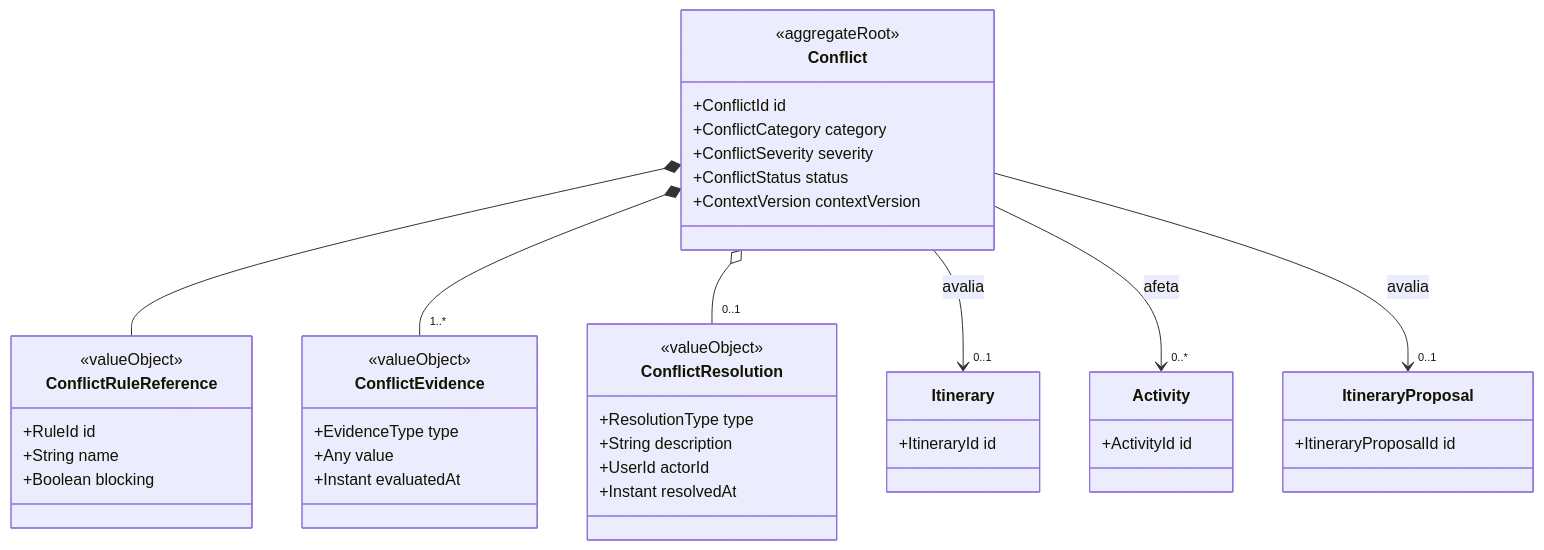
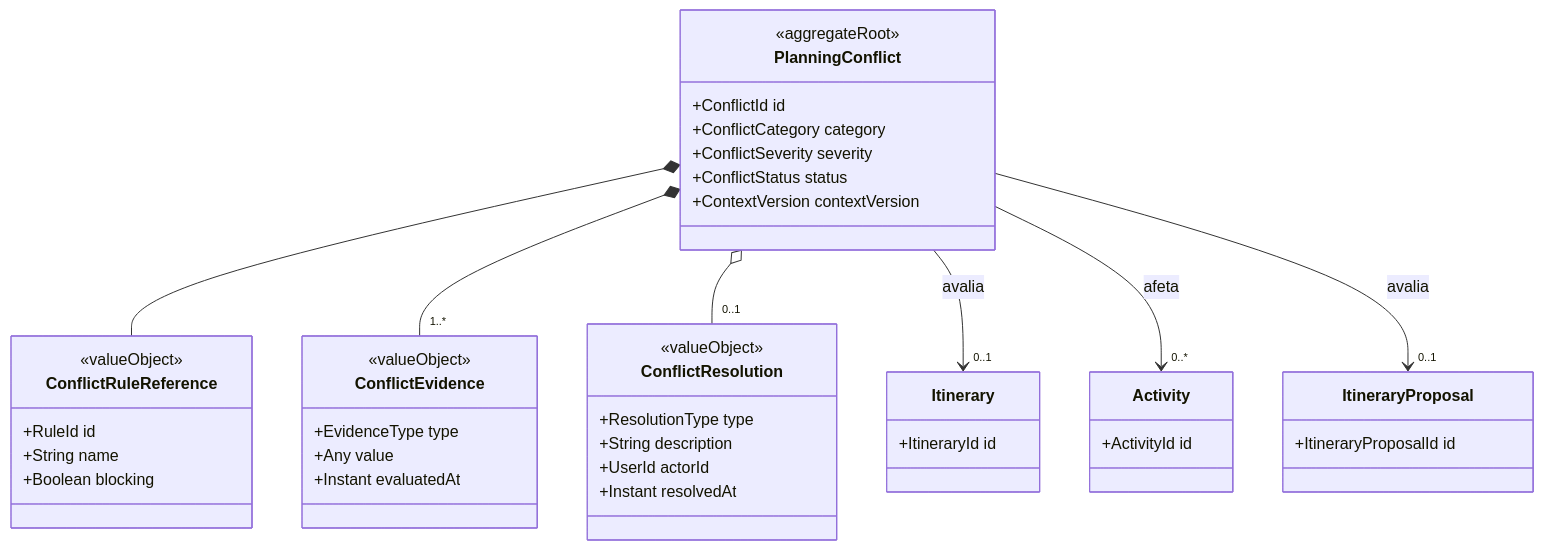
Diagram 15 of 17 in docs/domain/domain-model.md (collapsy/Routebook), drawn with Mermaid before and after one commit. The commit also changed other lines of this file, not shown here.

````diff
--- a/docs/domain/domain-model.md
+++ b/docs/domain/domain-model.md
@@ -2405,52 +2399,52 @@
 ```mermaid
 classDiagram
-    class Conflict {
+    class PlanningConflict {
         <<aggregateRoot>>
         +ConflictId id
         +ConflictCategory category
         +ConflictSeverity severity
         +ConflictStatus status
         +ContextVersion contextVersion
     }
 
     class ConflictRuleReference {
         <<valueObject>>
         +RuleId id
         +String name
         +Boolean blocking
     }
 
     class ConflictEvidence {
         <<valueObject>>
         +EvidenceType type
         +Any value
         +Instant evaluatedAt
     }
 
     class ConflictResolution {
         <<valueObject>>
         +ResolutionType type
         +String description
         +UserId actorId
         +Instant resolvedAt
     }
 
     class Itinerary {
         +ItineraryId id
     }
 
     class Activity {
         +ActivityId id
     }
 
     class ItineraryProposal {
         +ItineraryProposalId id
     }
 
-    Conflict *-- ConflictRuleReference
-    Conflict *-- "1..*" ConflictEvidence
-    Conflict o-- "0..1" ConflictResolution
-    Conflict --> "0..1" Itinerary : avalia
-    Conflict --> "0..*" Activity : afeta
-    Conflict --> "0..1" ItineraryProposal : avalia
+    PlanningConflict *-- ConflictRuleReference
+    PlanningConflict *-- "1..*" ConflictEvidence
+    PlanningConflict o-- "0..1" ConflictResolution
+    PlanningConflict --> "0..1" Itinerary : avalia
+    PlanningConflict --> "0..*" Activity : afeta
+    PlanningConflict --> "0..1" ItineraryProposal : avalia
 ```
````
